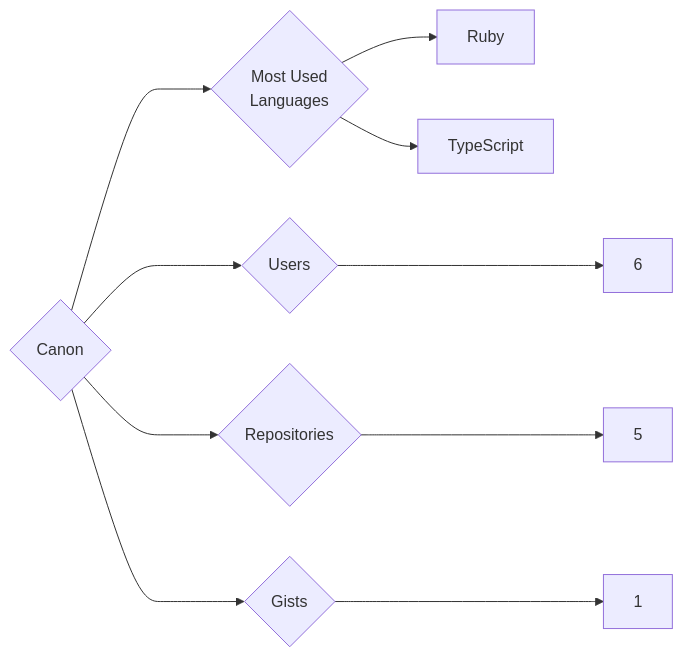
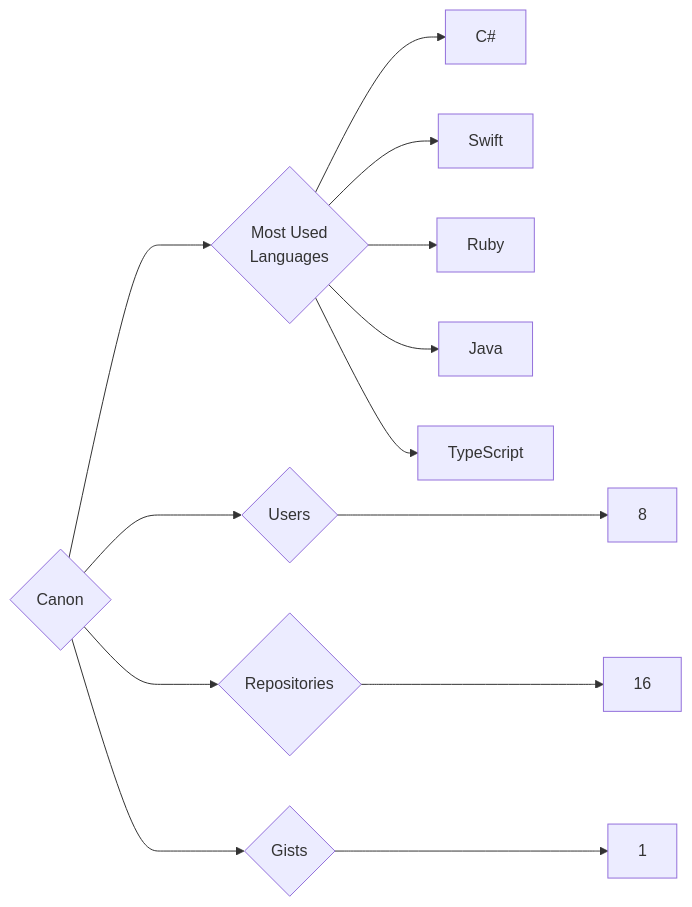
Before and after one commit to trickest/insiders: the diagram in targets/Canon/README.md, drawn with Mermaid. The commit also changed 838 other files, not shown here.

````diff
--- a/targets/Canon/README.md
+++ b/targets/Canon/README.md
@@ -3,10 +3,13 @@
 ```mermaid
 graph LR
 COMPANY_NAME{Canon}
-COMPANY_NAME ---> U{Users} ---> UN[6]
-COMPANY_NAME ---> R{Repositories} ---> RN[5]
+COMPANY_NAME ---> U{Users} ---> UN[8]
+COMPANY_NAME ---> R{Repositories} ---> RN[16]
 COMPANY_NAME ---> G{Gists} ---> GN[1]
 COMPANY_NAME ---> ML{Most Used<br>Languages}
+ML --> C#[C#]
+ML --> Swift[Swift]
 ML --> Ruby[Ruby]
+ML --> Java[Java]
 ML --> TypeScript[TypeScript]
 ```
````
